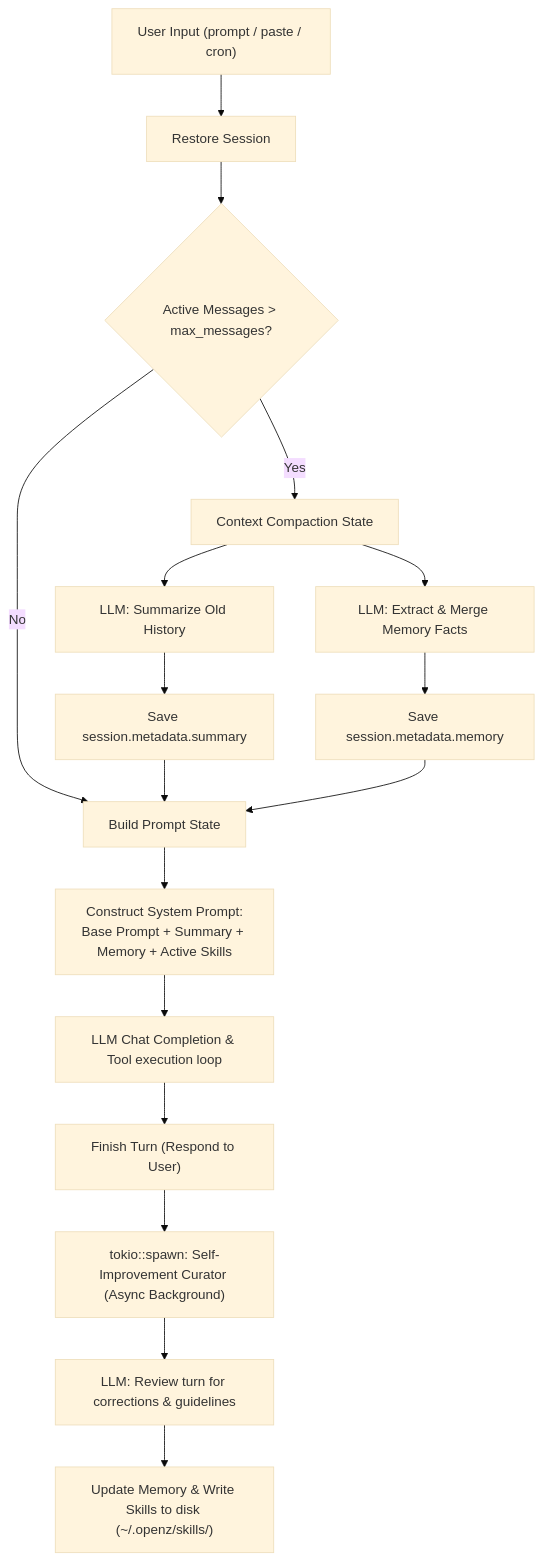
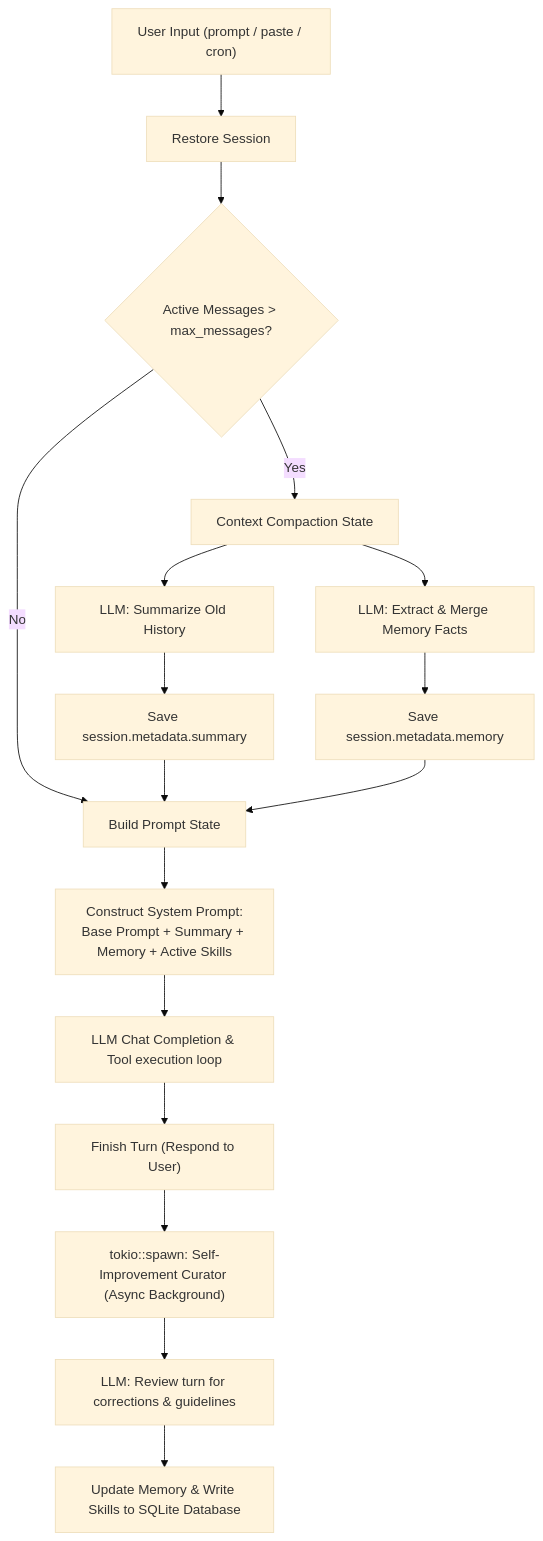
One commit to aswin402/openz-rs changed the diagram in docs/self_improvement.md. Above: the diagram before and after it, drawn with Mermaid (base theme). The commit also changed other lines of this file and 67 other files, not shown here.

````diff
--- a/docs/self_improvement.md
+++ b/docs/self_improvement.md
@@ -9,24 +9,24 @@
 ```mermaid
 graph TD
     UserQuery["User Input (prompt / paste / cron)"] --> Restore["Restore Session"]
     Restore --> CheckLimit{"Active Messages > max_messages?"}
     
     CheckLimit -->|Yes| Compaction["Context Compaction State"]
     CheckLimit -->|No| BuildPrompt["Build Prompt State"]
     
     Compaction --> SumLLM["LLM: Summarize Old History"]
     Compaction --> MemLLM["LLM: Extract & Merge Memory Facts"]
     
     SumLLM --> UpdateMetadata["Save session.metadata.summary"]
     MemLLM --> UpdateMemory["Save session.metadata.memory"]
     
     UpdateMetadata & UpdateMemory --> BuildPrompt
     
     BuildPrompt --> InjectPrompt["Construct System Prompt:<br>Base Prompt + Summary + Memory + Active Skills"]
     InjectPrompt --> LLMRun["LLM Chat Completion & Tool execution loop"]
     
     LLMRun --> FinishTurn["Finish Turn (Respond to User)"]
     FinishTurn --> SpawnCurator["tokio::spawn: Self-Improvement Curator (Async Background)"]
     SpawnCurator --> ReviewLLM["LLM: Review turn for corrections & guidelines"]
-    ReviewLLM --> SaveMemDisk["Update Memory & Write Skills to disk (~/.openz/skills/)"]
+    ReviewLLM --> SaveMemDisk["Update Memory & Write Skills to SQLite Database"]
 ```
````
